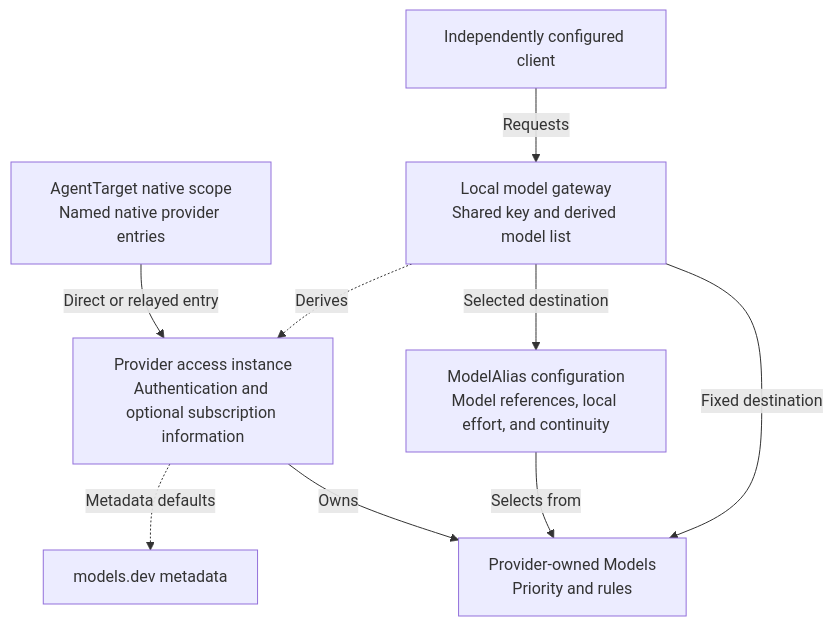
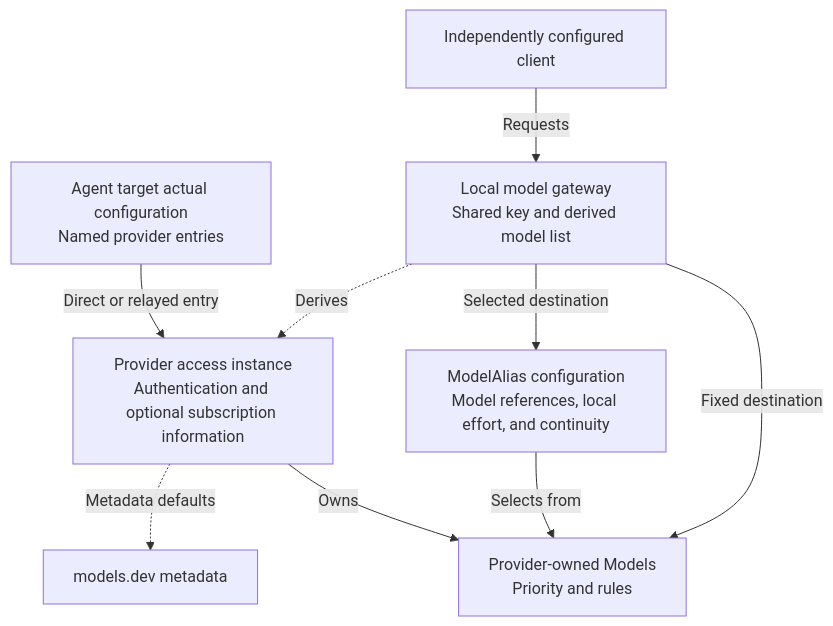
Before and after one commit to suraciii/tmax: the diagram in specs/product/design.md, drawn with Mermaid. The commit also changed other lines of this file and 38 other files, not shown here.

````diff
--- a/specs/product/design.md
+++ b/specs/product/design.md
@@ -88,18 +88,18 @@
 ```mermaid
 flowchart TB
     Catalog["models.dev metadata"]
     Provider["Provider access instance<br/>Authentication and optional subscription information"]
     Model["Provider-owned Models<br/>Priority and rules"]
     Alias["ModelAlias configuration<br/>Model references, local effort, and continuity"]
-    Agent["AgentTarget native scope<br/>Named native provider entries"]
+    Agent["Agent target actual configuration<br/>Named provider entries"]
     Gateway["Local model gateway<br/>Shared key and derived model list"]
     Client["Independently configured client"]
     Provider -.->|Metadata defaults| Catalog
     Provider -->|Owns| Model
     Alias -->|Selects from| Model
     Agent -->|Direct or relayed entry| Provider
     Client -->|Requests| Gateway
     Gateway -.->|Derives| Provider
     Gateway -->|Fixed destination| Model
     Gateway -->|Selected destination| Alias
 ```
````
